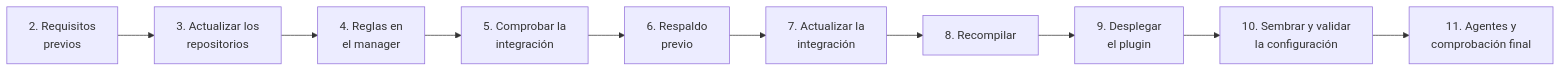
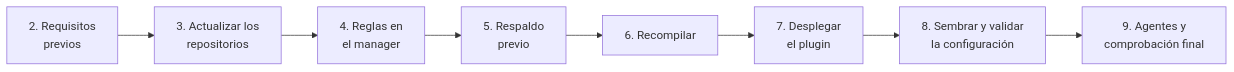
The diagram in docs/deployment/02-updating-an-existing-environment.md (arseniteio/power-ens), drawn with Mermaid before and after one commit. The commit also changed other lines of this file and 11 other files, not shown here.

````diff
--- a/docs/deployment/02-updating-an-existing-environment.md
+++ b/docs/deployment/02-updating-an-existing-environment.md
@@ -12,12 +17,10 @@
 ```mermaid
 flowchart LR
   A["2. Requisitos<br/>previos"] --> B["3. Actualizar los<br/>repositorios"]
   B --> C["4. Reglas en<br/>el manager"]
-  C --> D["5. Comprobar la<br/>integración"]
-  D --> E["6. Respaldo<br/>previo"]
-  E --> F["7. Actualizar la<br/>integración"]
-  F --> G["8. Recompilar"]
-  G --> H["9. Desplegar<br/>el plugin"]
-  H --> I["10. Sembrar y validar<br/>la configuración"]
-  I --> J["11. Agentes y<br/>comprobación final"]
+  C --> D["5. Respaldo<br/>previo"]
+  D --> E["6. Recompilar"]
+  E --> F["7. Desplegar<br/>el plugin"]
+  F --> G["8. Sembrar y validar<br/>la configuración"]
+  G --> H["9. Agentes y<br/>comprobación final"]
 ```
````
